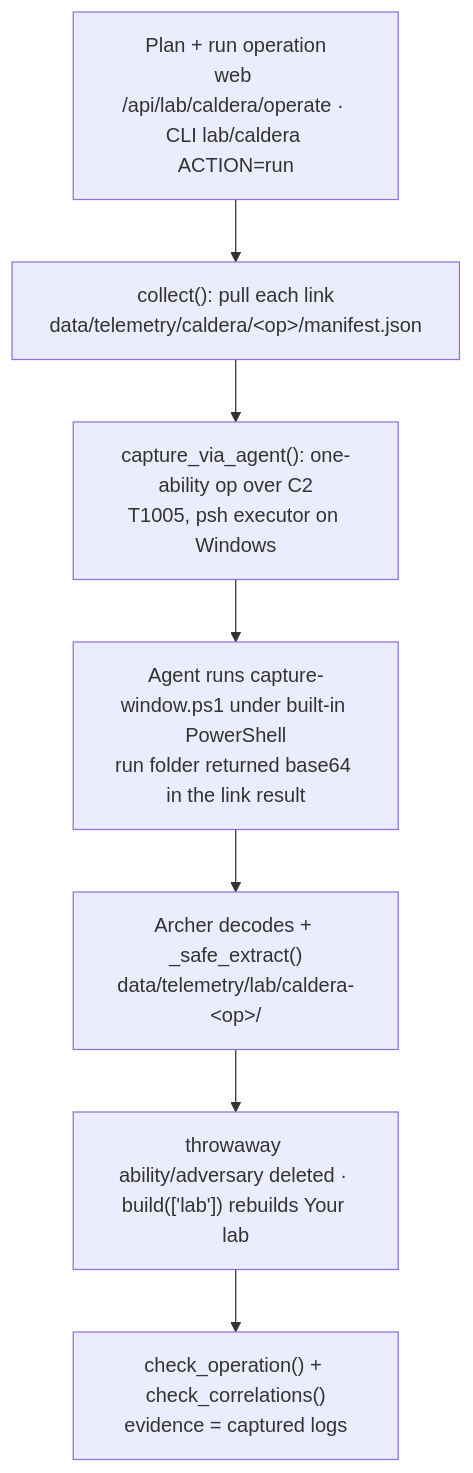
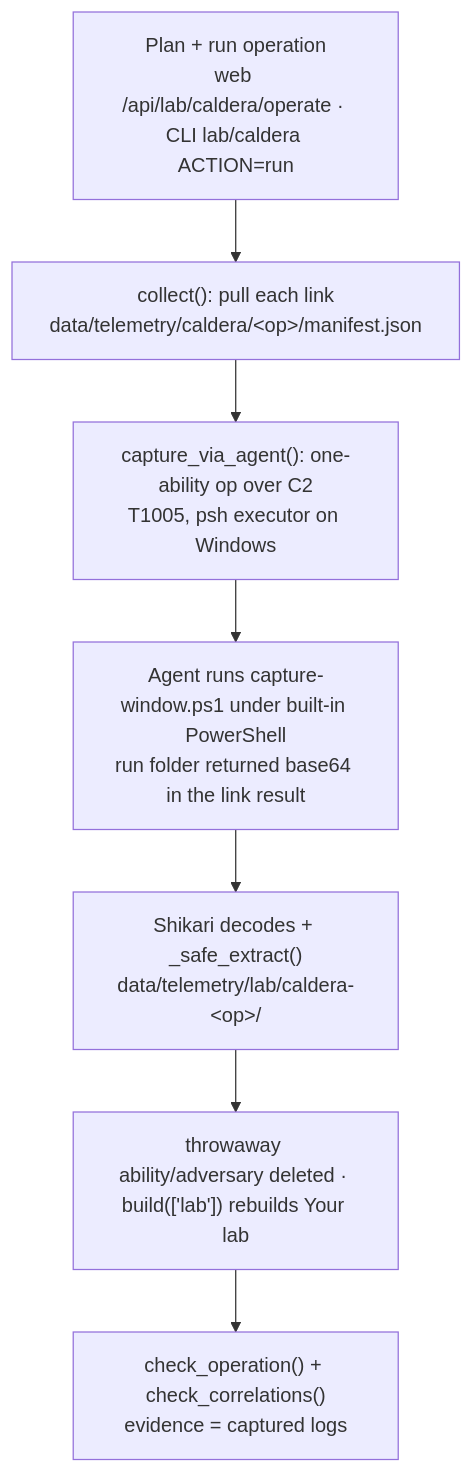
The diagram in docs/features/CALDERA_WINDOWS_CAPTURE.md (cmdaltr/shikari), drawn with Mermaid before and after one commit. The commit also changed other lines of this file and 1000 other files, not shown here.

First line of the commit message:
refactor(brand): rename archer -> shikari and rebrand the UI

````diff
--- a/docs/features/CALDERA_WINDOWS_CAPTURE.md
+++ b/docs/features/CALDERA_WINDOWS_CAPTURE.md
@@ -15,9 +15,9 @@
 ```mermaid
 flowchart TD
     A["Plan + run operation<br/>web /api/lab/caldera/operate · CLI lab/caldera ACTION=run"] --> B["collect(): pull each link<br/>data/telemetry/caldera/&lt;op&gt;/manifest.json"]
     B --> C["capture_via_agent(): one-ability op over C2<br/>T1005, psh executor on Windows"]
     C --> D["Agent runs capture-window.ps1 under built-in PowerShell<br/>run folder returned base64 in the link result"]
-    D --> E["Archer decodes + _safe_extract()<br/>data/telemetry/lab/caldera-&lt;op&gt;/"]
+    D --> E["Shikari decodes + _safe_extract()<br/>data/telemetry/lab/caldera-&lt;op&gt;/"]
     E --> F["throwaway ability/adversary deleted · build(['lab']) rebuilds Your lab"]
     F --> G["check_operation() + check_correlations()<br/>evidence = captured logs"]
 ```
````
